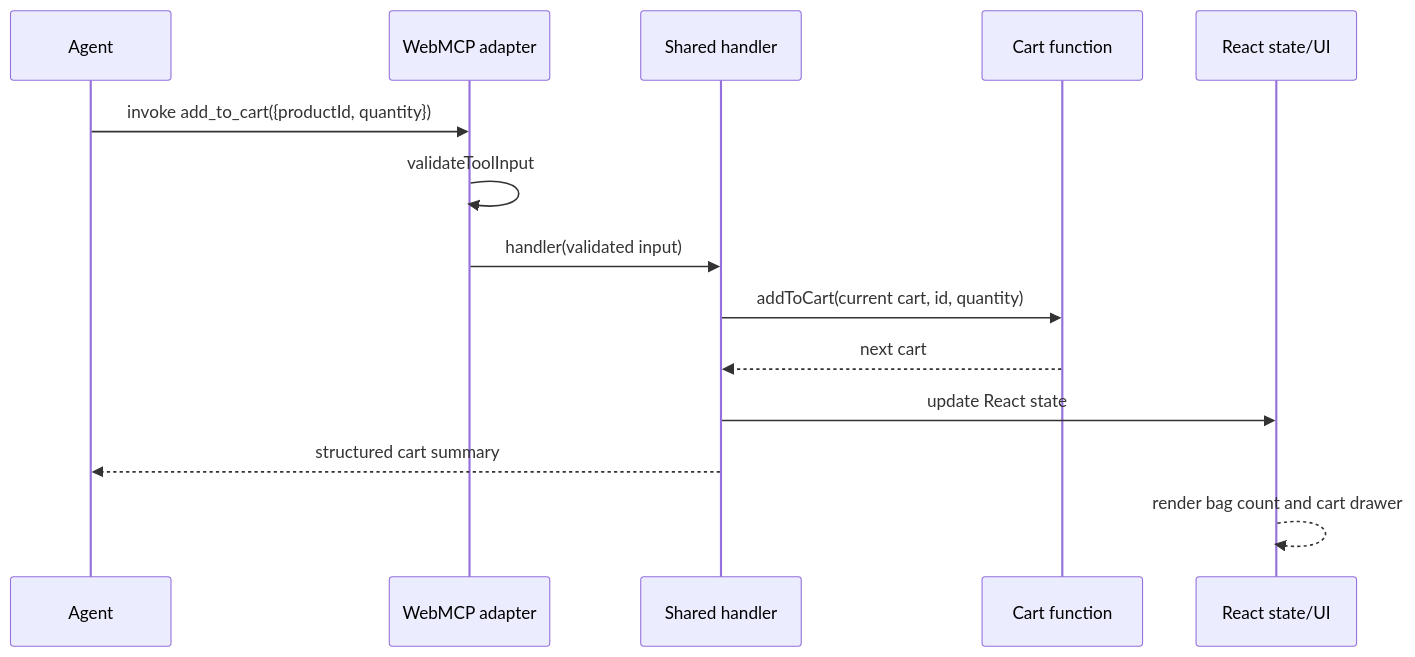
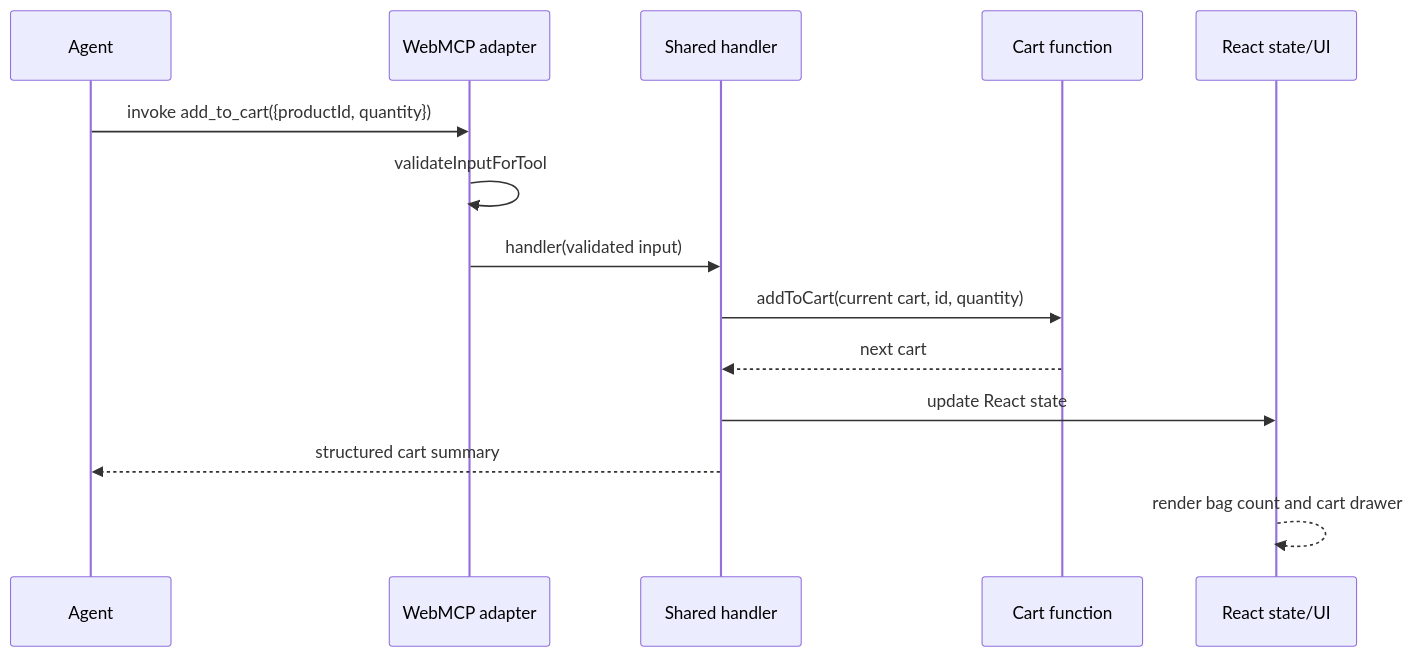
The second of 2 diagrams in course-docs/02-ARCHITECTURE.md (ClaudioVigliarolo/Simplishop_WebMCP), drawn with Mermaid before and after one commit. The commit also changed 14 other files, not shown here.

````diff
--- a/course-docs/02-ARCHITECTURE.md
+++ b/course-docs/02-ARCHITECTURE.md
@@ -38,16 +38,16 @@
 ```mermaid
 sequenceDiagram
   participant A as Agent
   participant W as WebMCP adapter
   participant H as Shared handler
   participant C as Cart function
   participant R as React state/UI
   A->>W: invoke add_to_cart({productId, quantity})
-  W->>W: validateToolInput
+  W->>W: validateInputForTool
   W->>H: handler(validated input)
   H->>C: addToCart(current cart, id, quantity)
   C-->>H: next cart
   H->>R: update React state
   H-->>A: structured cart summary
   R-->>R: render bag count and cart drawer
 ```
````
